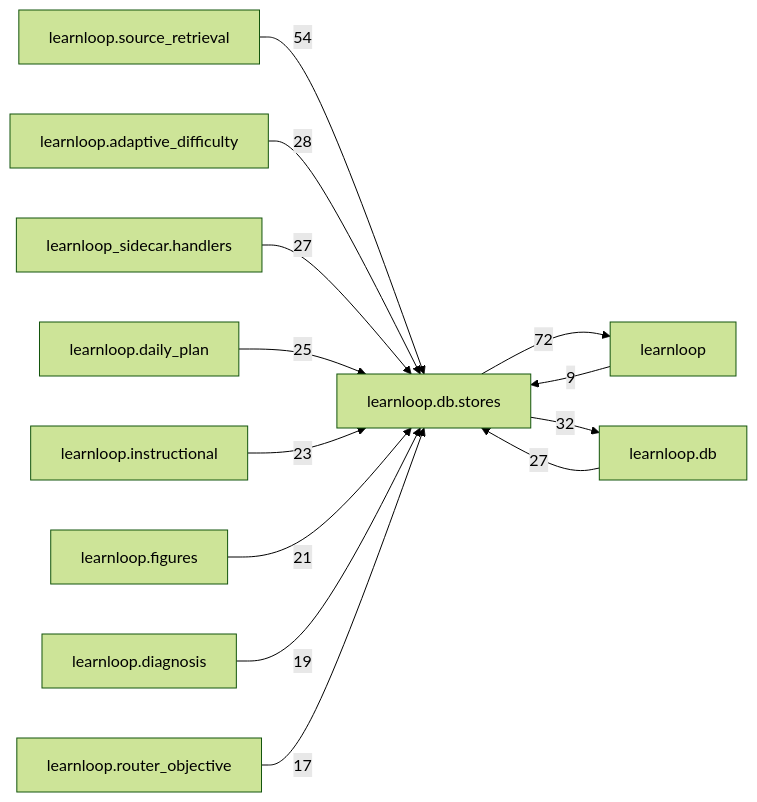
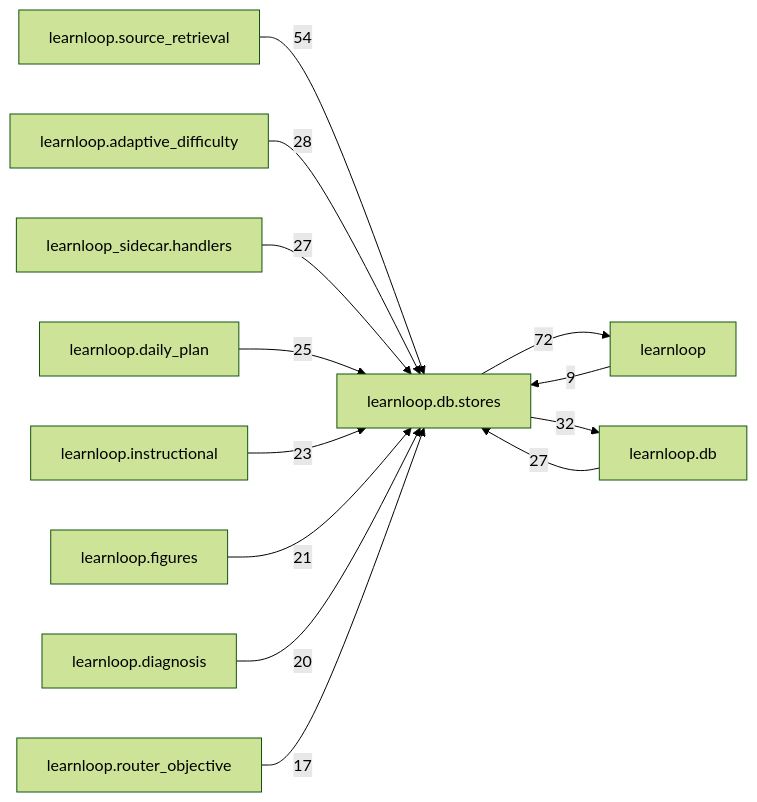
One commit to 6up-b/learnanything changed the diagram in docs/learnloop-architecture-vault/Reference/Modules/learnloop/db/stores/_package.md. Above: the diagram before and after it, drawn with Mermaid (forest theme). The commit also changed other lines of this file and 30 other files, not shown here.

````diff
--- a/docs/learnloop-architecture-vault/Reference/Modules/learnloop/db/stores/_package.md
+++ b/docs/learnloop-architecture-vault/Reference/Modules/learnloop/db/stores/_package.md
@@ -256,26 +256,26 @@
 ```mermaid
 flowchart LR
     center["learnloop.db.stores"]
     n_learnloop["learnloop"]
     n_learnloop_db["learnloop.db"]
     n_learnloop_source_retrieval["learnloop.source_retrieval"]
     n_learnloop_adaptive_difficulty["learnloop.adaptive_difficulty"]
     n_learnloop_sidecar_handlers["learnloop_sidecar.handlers"]
     n_learnloop_daily_plan["learnloop.daily_plan"]
     n_learnloop_instructional["learnloop.instructional"]
     n_learnloop_figures["learnloop.figures"]
     n_learnloop_diagnosis["learnloop.diagnosis"]
     n_learnloop_router_objective["learnloop.router_objective"]
     n_learnloop -->|9| center
     center -->|72| n_learnloop
     n_learnloop_db -->|27| center
     center -->|32| n_learnloop_db
     n_learnloop_source_retrieval -->|54| center
     n_learnloop_adaptive_difficulty -->|28| center
     n_learnloop_sidecar_handlers -->|27| center
     n_learnloop_daily_plan -->|25| center
     n_learnloop_instructional -->|23| center
     n_learnloop_figures -->|21| center
-    n_learnloop_diagnosis -->|19| center
+    n_learnloop_diagnosis -->|20| center
     n_learnloop_router_objective -->|17| center
 ```
````
